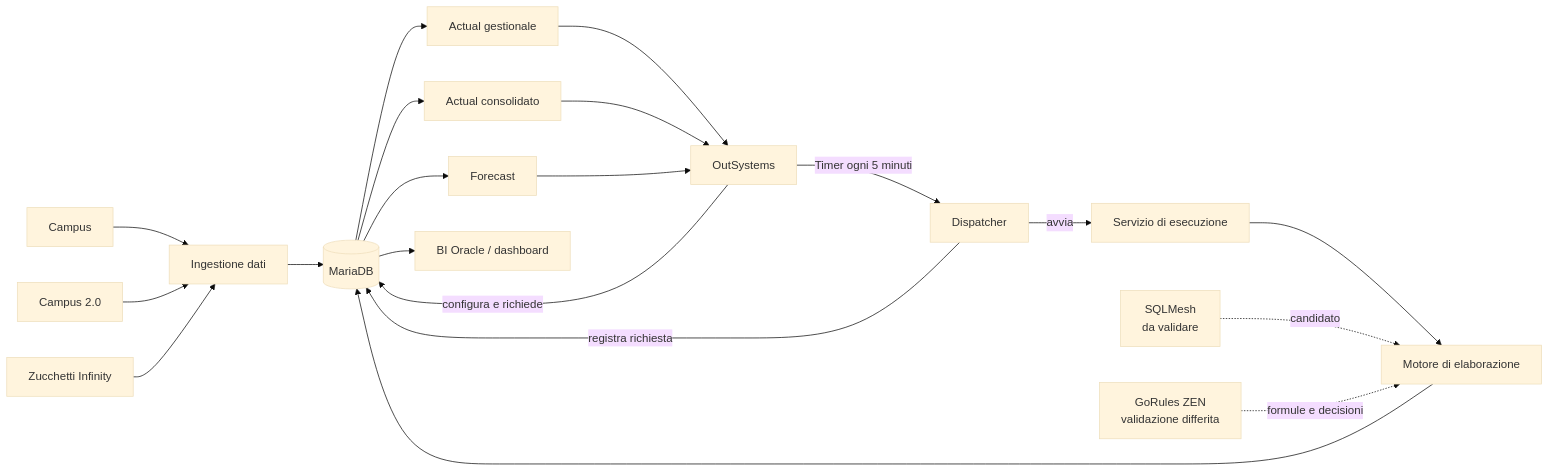
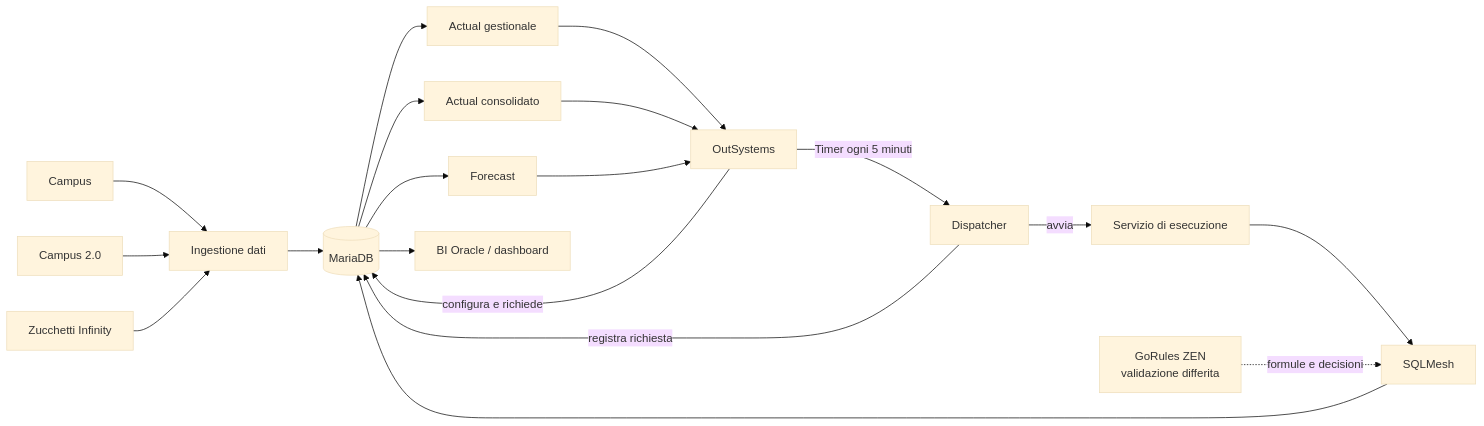
The first of 2 diagrams in docs/architecture-overview.md (ignazio-ingenito/kiron-cdg), drawn with Mermaid (base theme) before and after one commit. The commit also changed other lines of this file, not shown here.

Commit message:
docs: confirm SQLMesh after MariaDB PoC

````diff
--- a/docs/architecture-overview.md
+++ b/docs/architecture-overview.md
@@ -31,28 +32,27 @@
 ```mermaid
 flowchart LR
     C[Campus] --> I[Ingestione dati]
     C2[Campus 2.0] --> I
     Z[Zucchetti Infinity] --> I
 
     O[OutSystems] -->|configura e richiede| M[(MariaDB)]
     O -->|Timer ogni 5 minuti| D[Dispatcher]
 
     D -->|registra richiesta| M
     D -->|avvia| E[Servizio di esecuzione]
 
     I --> M
-    E --> X[Motore di elaborazione]
-    X --> M
+    E --> S[SQLMesh]
+    S --> M
 
     M --> A[Actual gestionale]
     M --> AC[Actual consolidato]
     M --> F[Forecast]
 
     A --> O
     AC --> O
     F --> O
     M --> B[BI Oracle / dashboard]
 
-    S[SQLMesh<br/>da validare] -. candidato .-> X
-    G[GoRules ZEN<br/>validazione differita] -. formule e decisioni .-> X
+    G[GoRules ZEN<br/>validazione differita] -. formule e decisioni .-> S
 ```
````
